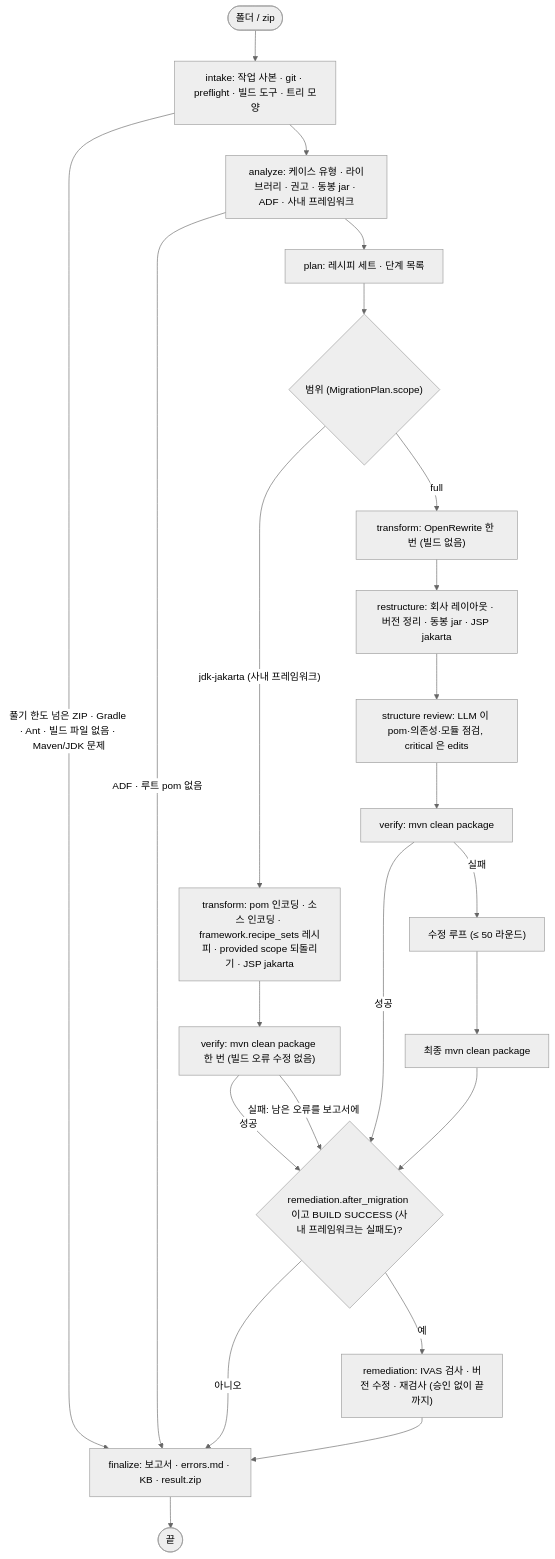
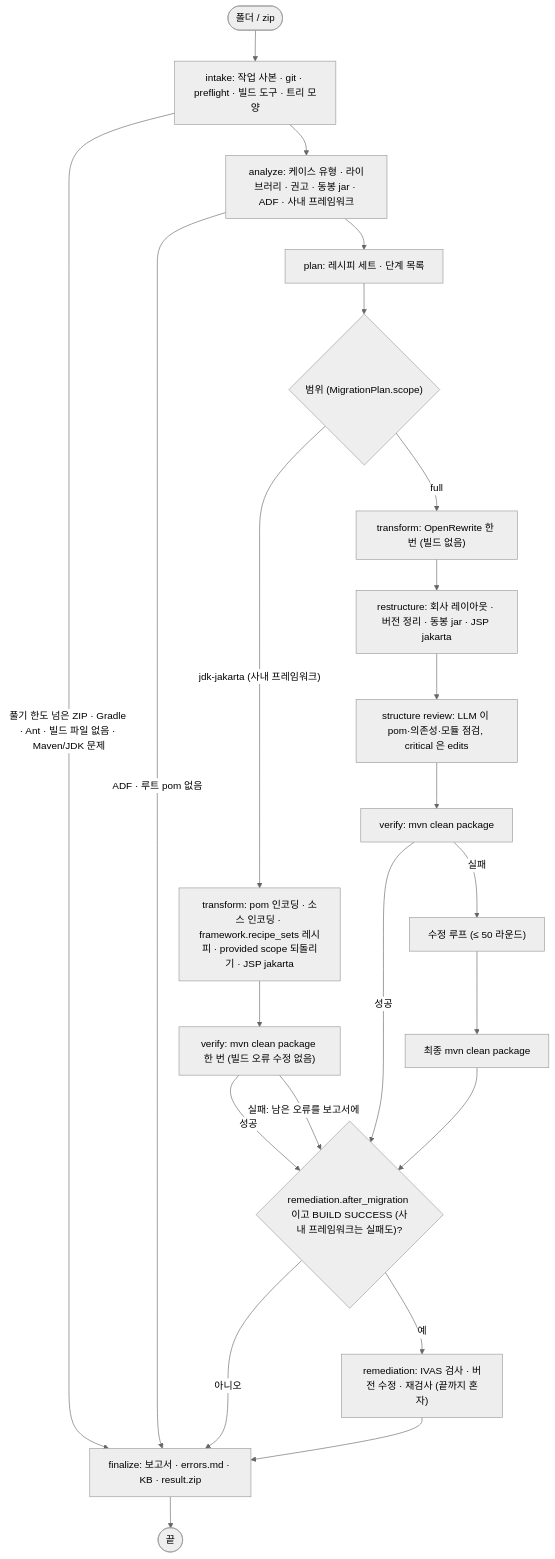
Before and after one commit to acandiatale/tutu: the second of 8 diagrams in docs/migration-agent/README.md, drawn with Mermaid (neutral theme). The commit also changed other lines of this file and 76 other files, not shown here.

````diff
--- a/docs/migration-agent/README.md
+++ b/docs/migration-agent/README.md
@@ -99,25 +99,25 @@
 ```mermaid
 flowchart TD
   START(["폴더 / zip"]) --> INTAKE["intake: 작업 사본 · git · preflight · 빌드 도구 · 트리 모양"]
   INTAKE -->|"풀기 한도 넘은 ZIP · Gradle · Ant · 빌드 파일 없음 · Maven/JDK 문제"| FIN
   INTAKE --> ANALYZE["analyze: 케이스 유형 · 라이브러리 · 권고 · 동봉 jar · ADF · 사내 프레임워크"]
   ANALYZE -->|"ADF · 루트 pom 없음"| FIN
   ANALYZE --> PLAN["plan: 레시피 세트 · 단계 목록"]
   PLAN --> SC{"범위 (MigrationPlan.scope)"}
   SC -->|"full"| T["transform: OpenRewrite 한 번 (빌드 없음)"]
   SC -->|"jdk-jakarta (사내 프레임워크)"| TF["transform: pom 인코딩 · 소스 인코딩 · framework.recipe_sets 레시피 · provided scope 되돌리기 · JSP jakarta"]
   TF --> VO["verify: mvn clean package 한 번 (빌드 오류 수정 없음)"]
   VO -->|"성공"| REM
   VO -->|"실패: 남은 오류를 보고서에"| REM
   T --> R["restructure: 회사 레이아웃 · 버전 정리 · 동봉 jar · JSP jakarta"]
   R --> RV["structure review: LLM 이 pom·의존성·모듈 점검, critical 은 edits"]
   RV --> V["verify: mvn clean package"]
   V -->|"실패"| LOOP["수정 루프 (≤ 50 라운드)"]
   LOOP --> VF["최종 mvn clean package"]
   V -->|"성공"| REM{"remediation.after_migration 이고 BUILD SUCCESS (사내 프레임워크는 실패도)?"}
   VF --> REM
-  REM -->|"예"| RM["remediation: IVAS 검사 · 버전 수정 · 재검사 (승인 없이 끝까지)"]
+  REM -->|"예"| RM["remediation: IVAS 검사 · 버전 수정 · 재검사 (끝까지 혼자)"]
   REM -->|"아니오"| FIN["finalize: 보고서 · errors.md · KB · result.zip"]
   RM --> FIN
   FIN --> END(["끝"])
 ```
````
